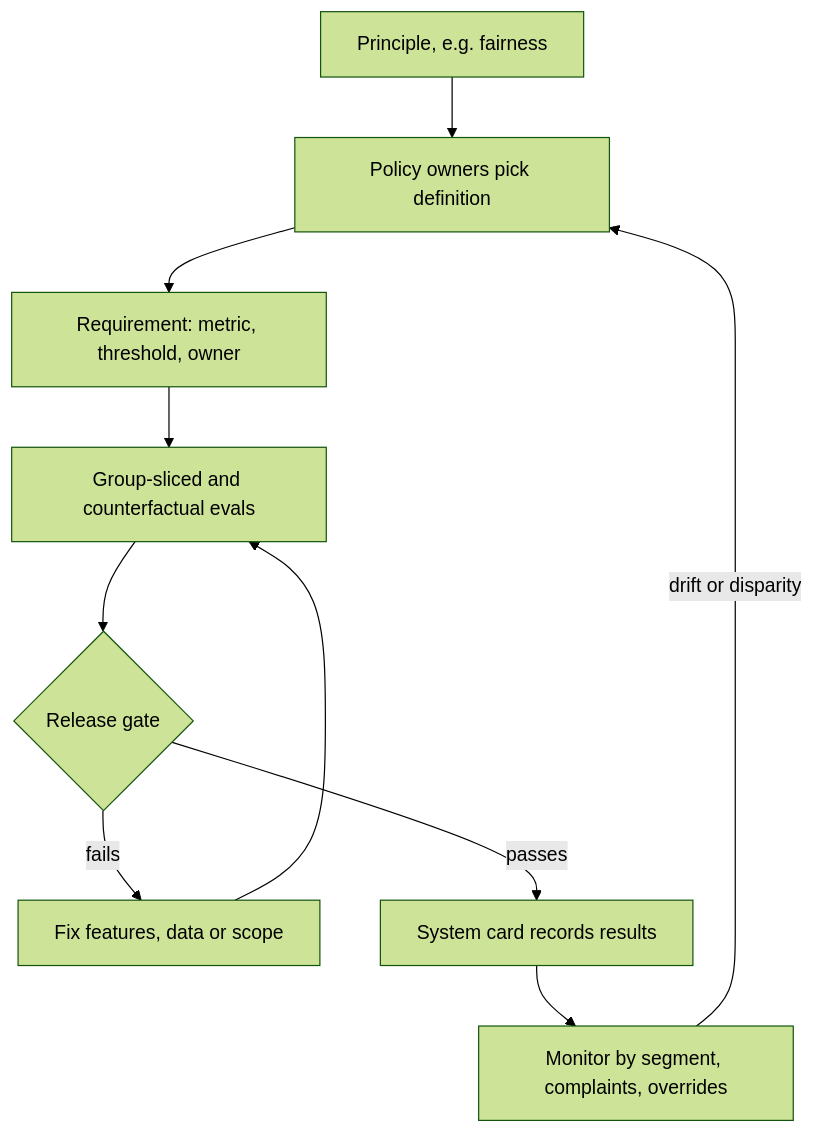
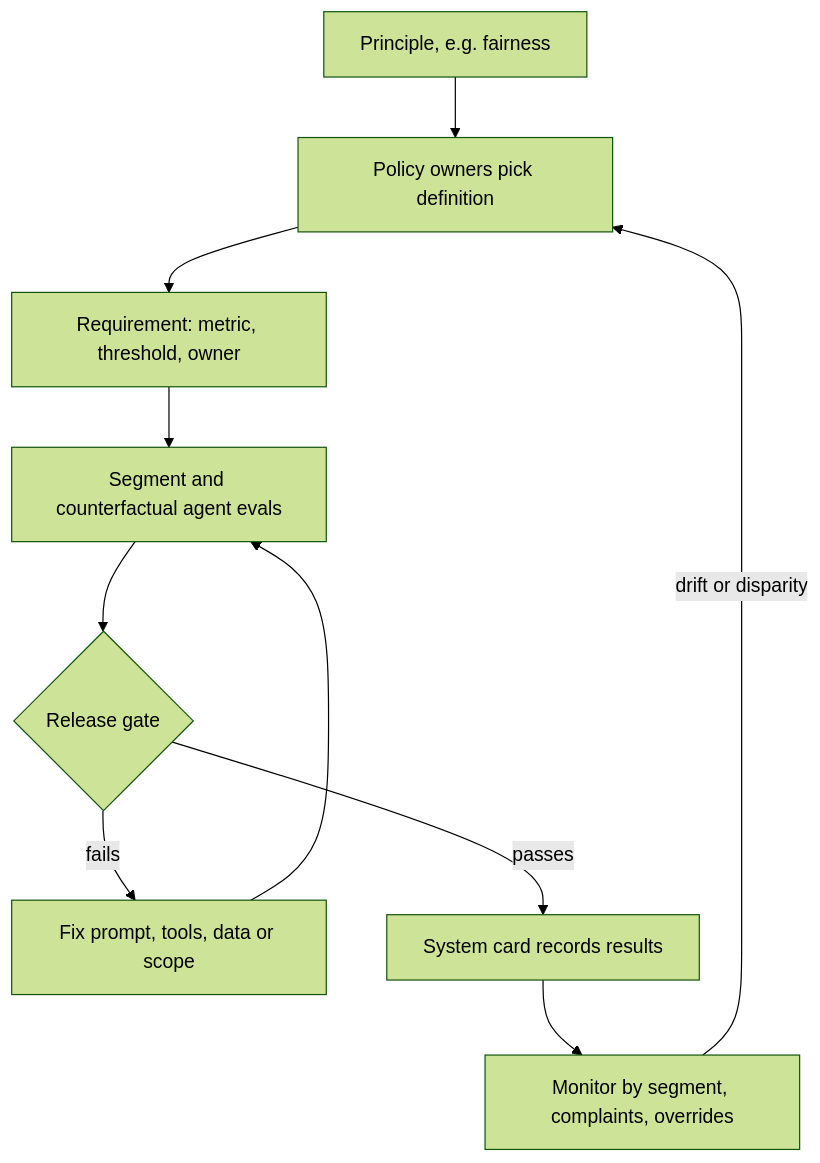
One commit to lovishmahajan97/agentic-learning changed the diagram in content/security-governance-compliance/responsible-ai.md. Above: the diagram before and after it, drawn with Mermaid (forest theme). The commit also changed other lines of this file and 454 other files, not shown here.

````diff
--- a/content/security-governance-compliance/responsible-ai.md
+++ b/content/security-governance-compliance/responsible-ai.md
@@ -101,12 +119,12 @@
 ```mermaid
 flowchart TD
     P["Principle, e.g. fairness"] --> O["Policy owners pick definition"]
     O --> R["Requirement: metric, threshold, owner"]
-    R --> E["Group-sliced and counterfactual evals"]
+    R --> E["Segment and counterfactual agent evals"]
     E --> G{"Release gate"}
-    G -->|"fails"| F["Fix features, data or scope"]
+    G -->|"fails"| F["Fix prompt, tools, data or scope"]
     F --> E
     G -->|"passes"| C["System card records results"]
     C --> M["Monitor by segment, complaints, overrides"]
     M -->|"drift or disparity"| O
 ```
````
